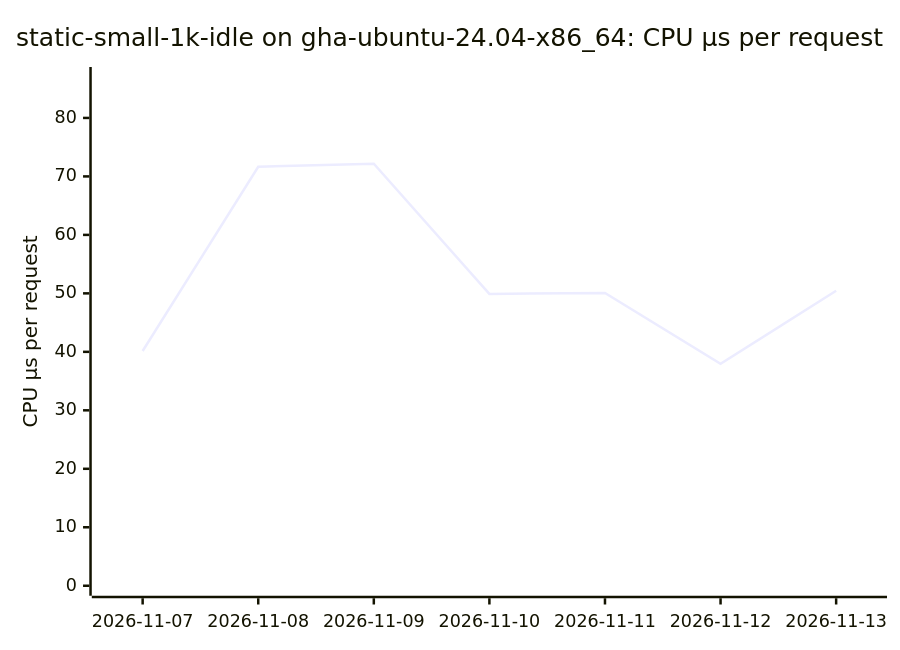
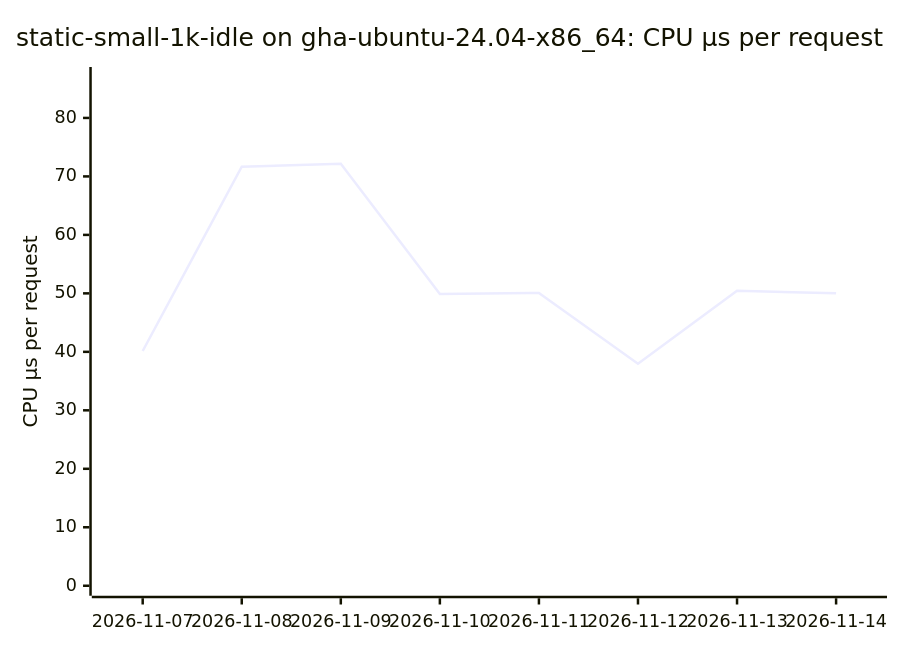
Before and after one commit to ThePixelPilgrim/durchlauferhitzer: the ninth of 18 diagrams in BENCHMARKS.md, drawn with Mermaid. The commit also changed other lines of this file and 1 other file, not shown here.

````diff
--- a/BENCHMARKS.md
+++ b/BENCHMARKS.md
@@ -106,7 +106,7 @@
 ```mermaid
 xychart-beta
   title "static-small-1k-idle on gha-ubuntu-24.04-x86_64: CPU µs per request"
-  x-axis ["2026-11-07", "2026-11-08", "2026-11-09", "2026-11-10", "2026-11-11", "2026-11-12", "2026-11-13"]
+  x-axis ["2026-11-07", "2026-11-08", "2026-11-09", "2026-11-10", "2026-11-11", "2026-11-12", "2026-11-13", "2026-11-14"]
   y-axis "CPU µs per request" 0 --> 87
-  line [40.14, 71.65, 72.17, 49.90, 50.08, 37.97, 50.44]
+  line [40.14, 71.65, 72.17, 49.90, 50.08, 37.97, 50.44, 50.01]
 ```
````
